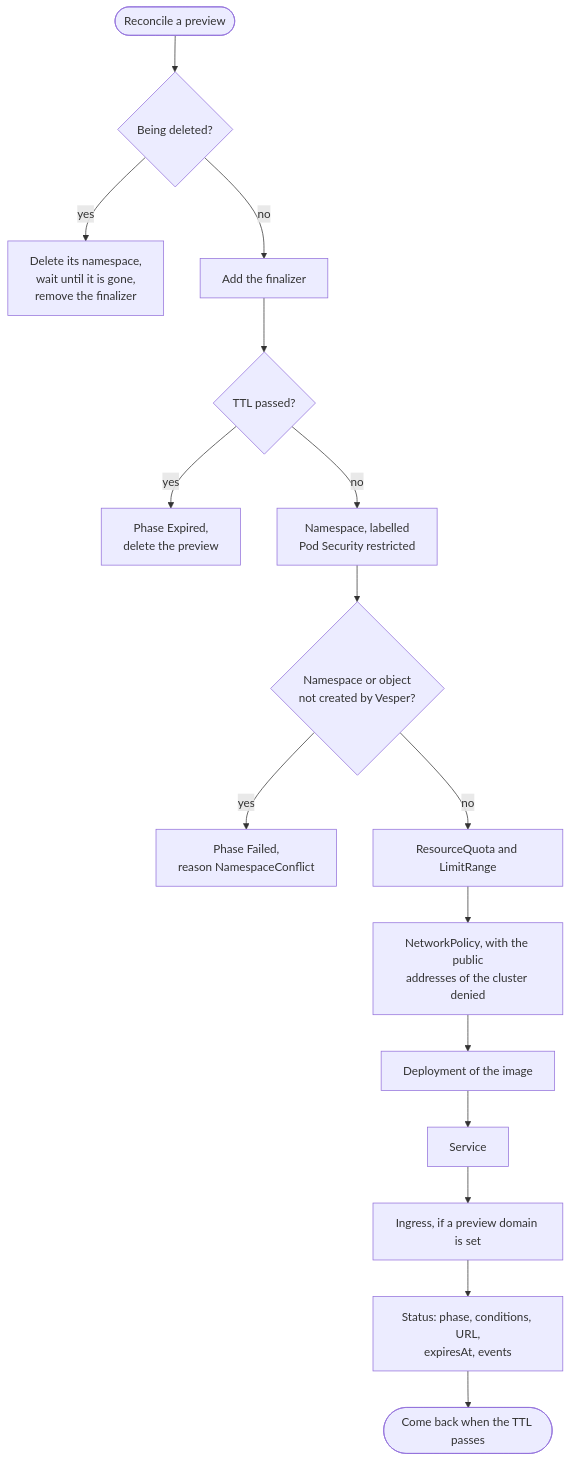
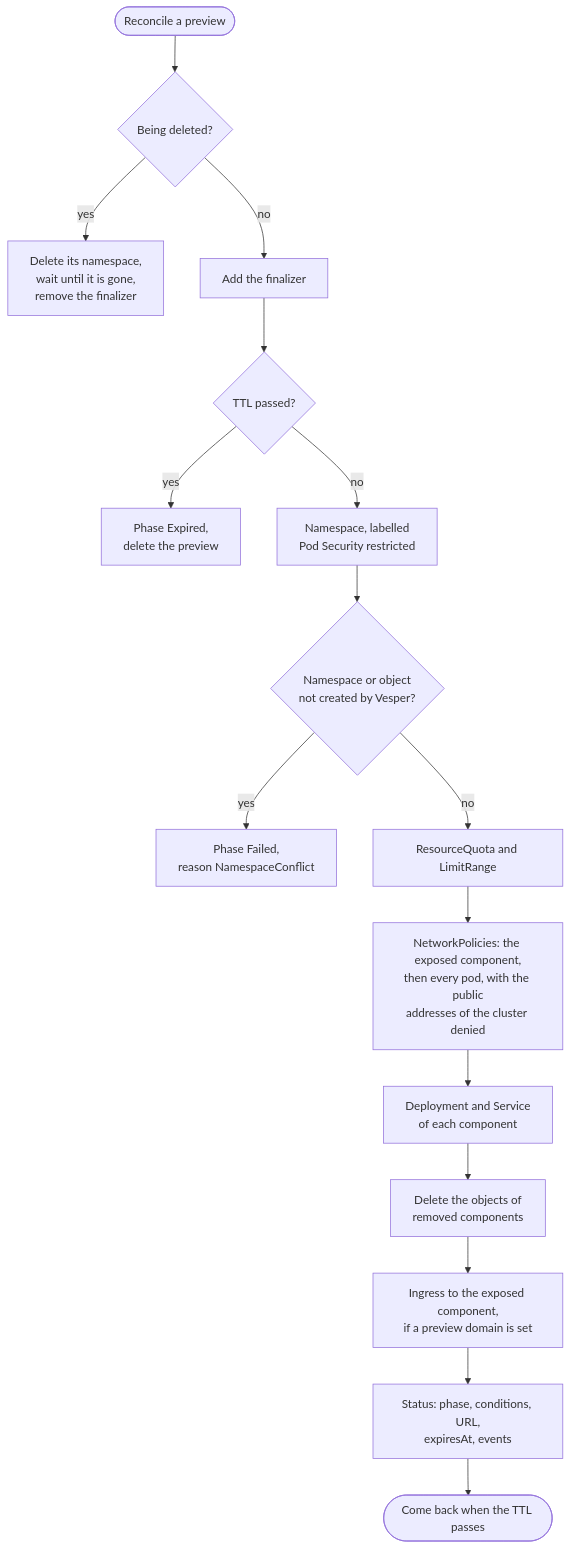
The second of 3 diagrams in docs/architecture.md (eventide-oss/vesper), drawn with Mermaid before and after one commit. The commit also changed other lines of this file and 2 other files, not shown here.

Commit message:
docs: describe the policy of the exposed component
ADR-0005 links to ADR-0008 for the amended rule.

Closes #223

````diff
--- a/docs/architecture.md
+++ b/docs/architecture.md
@@ -49,18 +49,18 @@
 ```mermaid
 flowchart TD
     start([Reconcile a preview]) --> deleting{Being deleted?}
     deleting -->|yes| cleanup[Delete its namespace,<br/>wait until it is gone,<br/>remove the finalizer]
     deleting -->|no| fin[Add the finalizer]
     fin --> expired{TTL passed?}
     expired -->|yes| expire[Phase Expired,<br/>delete the preview]
     expired -->|no| ns[Namespace, labelled<br/>Pod Security restricted]
     ns --> conflict{Namespace or object<br/>not created by Vesper?}
     conflict -->|yes| failed[Phase Failed,<br/>reason NamespaceConflict]
     conflict -->|no| limits[ResourceQuota and LimitRange]
-    limits --> np[NetworkPolicy, with the public<br/>addresses of the cluster denied]
-    np --> deploy[Deployment of the image]
-    deploy --> svc[Service]
-    svc --> ing[Ingress, if a preview domain is set]
+    limits --> np[NetworkPolicies: the exposed component,<br/>then every pod, with the public<br/>addresses of the cluster denied]
+    np --> deploy[Deployment and Service<br/>of each component]
+    deploy --> svc[Delete the objects of<br/>removed components]
+    svc --> ing[Ingress to the exposed component,<br/>if a preview domain is set]
     ing --> status[Status: phase, conditions, URL,<br/>expiresAt, events]
     status --> requeue([Come back when the TTL passes])
 ```
````
